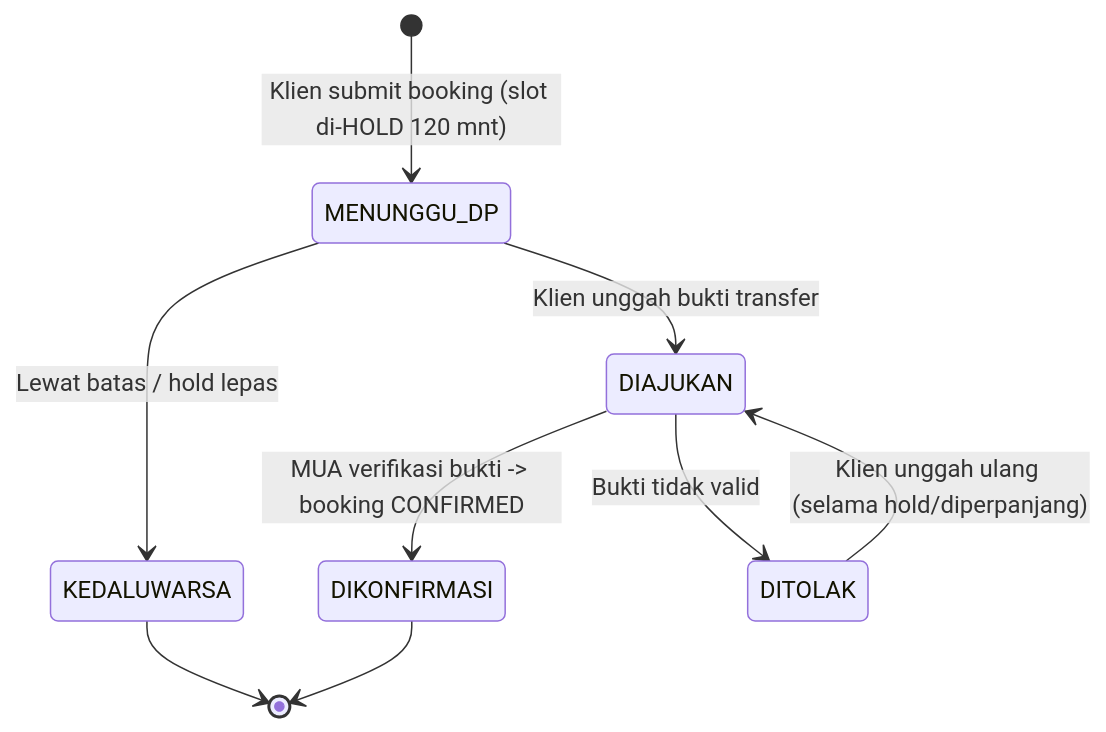
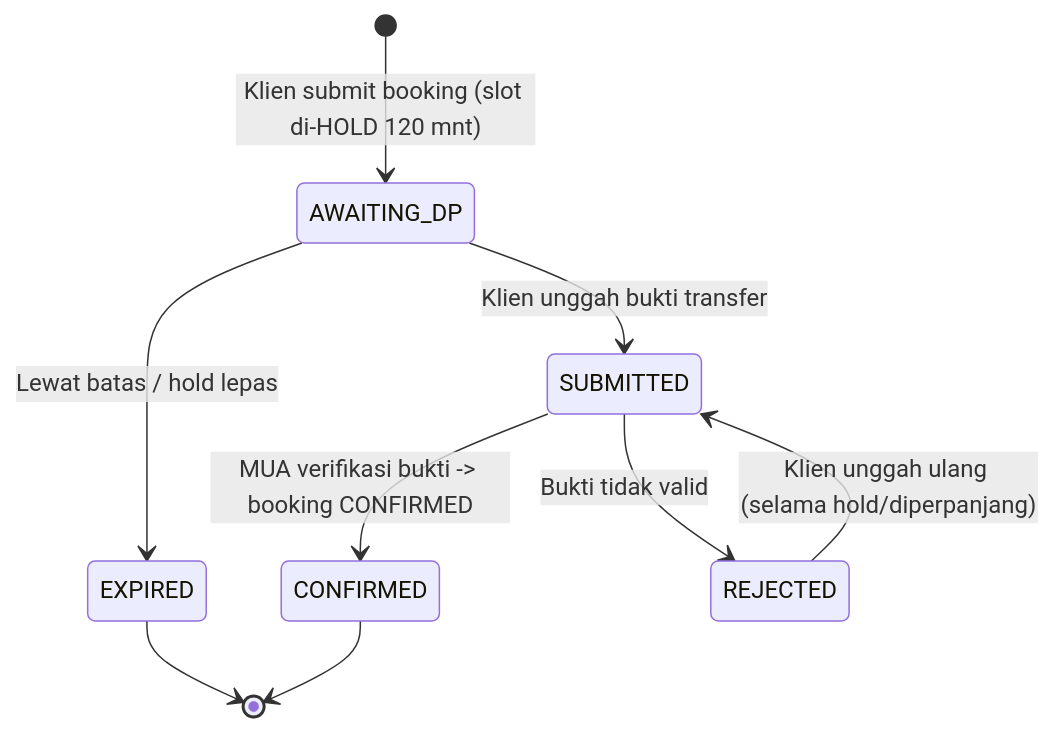
One commit to Marchelinoraco/mua changed the second of 4 diagrams in PRD-MUA-SaaS.md. Above: the diagram before and after it, drawn with Mermaid. The commit also changed other lines of this file and 339 other files, not shown here.

````diff
--- a/PRD-MUA-SaaS.md
+++ b/PRD-MUA-SaaS.md
@@ -189,11 +194,11 @@
 ```mermaid
 stateDiagram-v2
-  [*] --> MENUNGGU_DP: Klien submit booking (slot di-HOLD 120 mnt)
-  MENUNGGU_DP --> DIAJUKAN: Klien unggah bukti transfer
-  MENUNGGU_DP --> KEDALUWARSA: Lewat batas / hold lepas
-  DIAJUKAN --> DIKONFIRMASI: MUA verifikasi bukti -> booking CONFIRMED
-  DIAJUKAN --> DITOLAK: Bukti tidak valid
-  DITOLAK --> DIAJUKAN: Klien unggah ulang (selama hold/diperpanjang)
-  KEDALUWARSA --> [*]
-  DIKONFIRMASI --> [*]
+  [*] --> AWAITING_DP: Klien submit booking (slot di-HOLD 120 mnt)
+  AWAITING_DP --> SUBMITTED: Klien unggah bukti transfer
+  AWAITING_DP --> EXPIRED: Lewat batas / hold lepas
+  SUBMITTED --> CONFIRMED: MUA verifikasi bukti -> booking CONFIRMED
+  SUBMITTED --> REJECTED: Bukti tidak valid
+  REJECTED --> SUBMITTED: Klien unggah ulang (selama hold/diperpanjang)
+  EXPIRED --> [*]
+  CONFIRMED --> [*]
 ```
````
